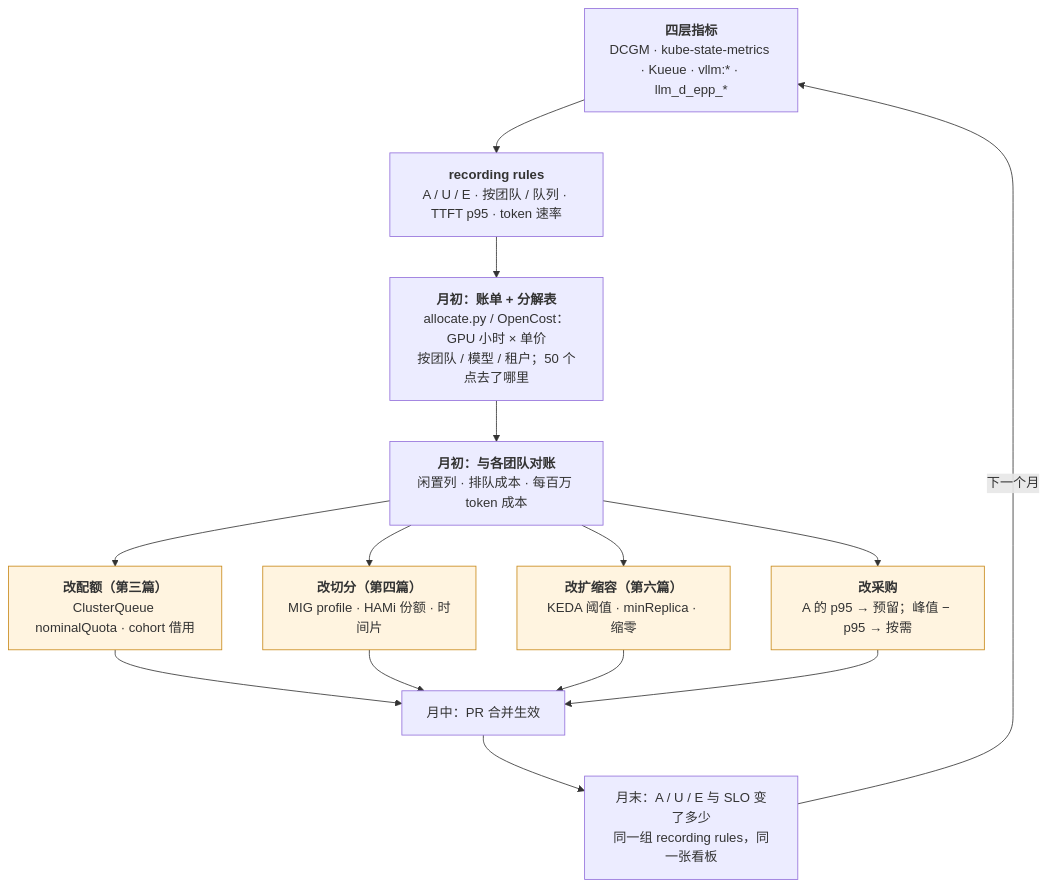
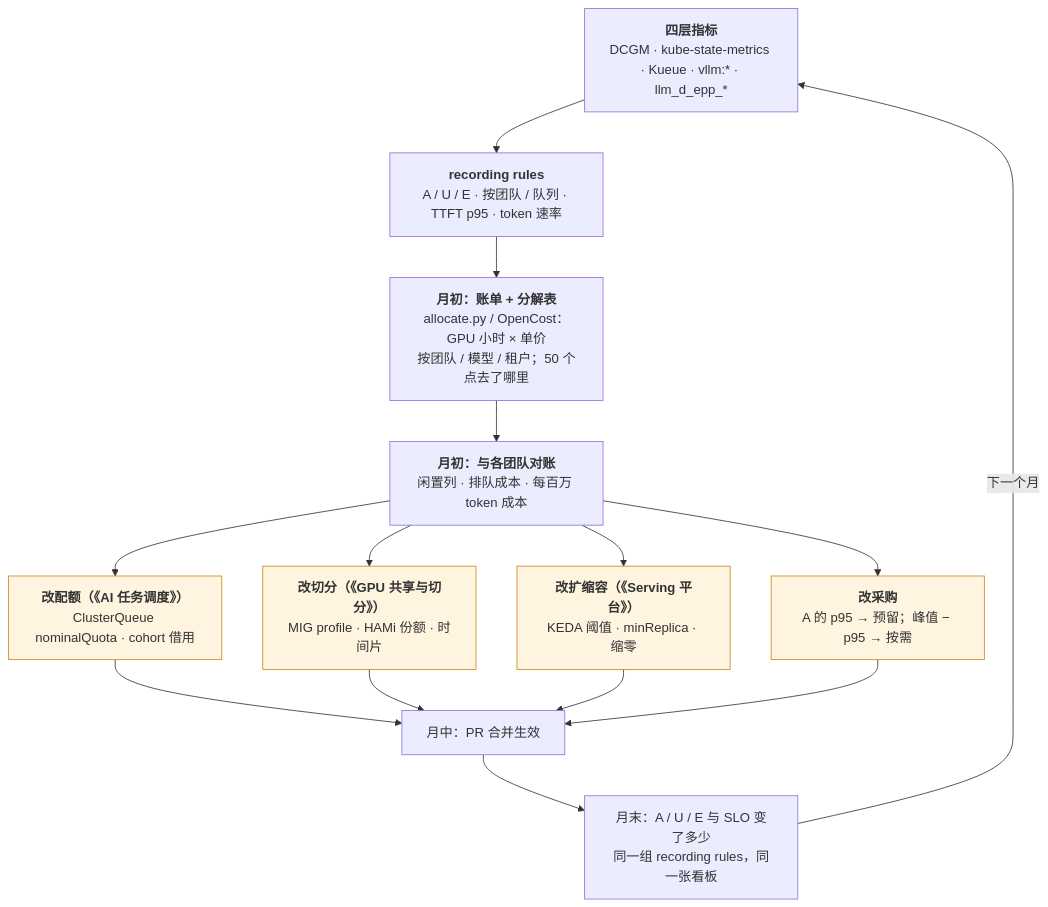
Before and after one commit to arganzheng/arganzheng.github.com: the fourth of 4 diagrams in _posts/2026-09-22-ai-platform-observability-cost-and-finops.md, drawn with Mermaid. The commit also changed other lines of this file, not shown here.

````diff
--- a/_posts/2026-09-22-ai-platform-observability-cost-and-finops.md
+++ b/_posts/2026-09-22-ai-platform-observability-cost-and-finops.md
@@ -529,20 +570,20 @@
 ```mermaid
 %% 图：成本回流到配置的月度闭环：四层指标 → recording rules → 账单与分解表 → 对账 → 改配额、切分、扩缩容或采购
 flowchart TB
     M["<b>四层指标</b><br/>DCGM · kube-state-metrics · Kueue · vllm:* · llm_d_epp_*"]
     M --> R["<b>recording rules</b><br/>A / U / E · 按团队 / 队列 · TTFT p95 · token 速率"]
     R --> BILL["<b>月初：账单 + 分解表</b><br/>allocate.py / OpenCost：GPU 小时 × 单价<br/>按团队 / 模型 / 租户；50 个点去了哪里"]
     BILL --> REVIEW["<b>月初：与各团队对账</b><br/>闲置列 · 排队成本 · 每百万 token 成本"]
-    REVIEW --> KQ["<b>改配额（第三篇）</b><br/>ClusterQueue nominalQuota · cohort 借用"]
-    REVIEW --> KS["<b>改切分（第四篇）</b><br/>MIG profile · HAMi 份额 · 时间片"]
-    REVIEW --> KA["<b>改扩缩容（第六篇）</b><br/>KEDA 阈值 · minReplica · 缩零"]
+    REVIEW --> KQ["<b>改配额（《AI 任务调度》）</b><br/>ClusterQueue nominalQuota · cohort 借用"]
+    REVIEW --> KS["<b>改切分（《GPU 共享与切分》）</b><br/>MIG profile · HAMi 份额 · 时间片"]
+    REVIEW --> KA["<b>改扩缩容（《Serving 平台》）</b><br/>KEDA 阈值 · minReplica · 缩零"]
     REVIEW --> KP["<b>改采购</b><br/>A 的 p95 → 预留；峰值 − p95 → 按需"]
     KQ --> APPLY["月中：PR 合并生效"]
     KS --> APPLY
     KA --> APPLY
     KP --> APPLY
     APPLY --> CHECK["月末：A / U / E 与 SLO 变了多少<br/>同一组 recording rules，同一张看板"]
     CHECK -->|"下一个月"| M
     classDef knob fill:#fff4e0,stroke:#c98a1a;
     class KQ,KS,KA,KP knob;
 ```
````
